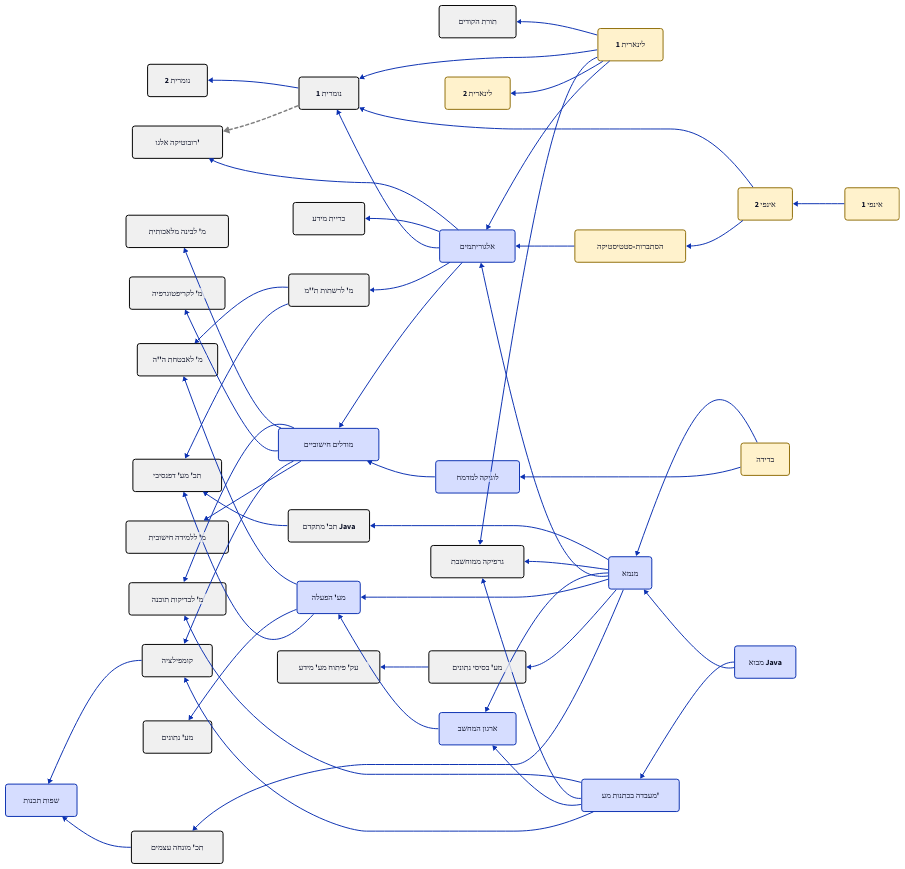
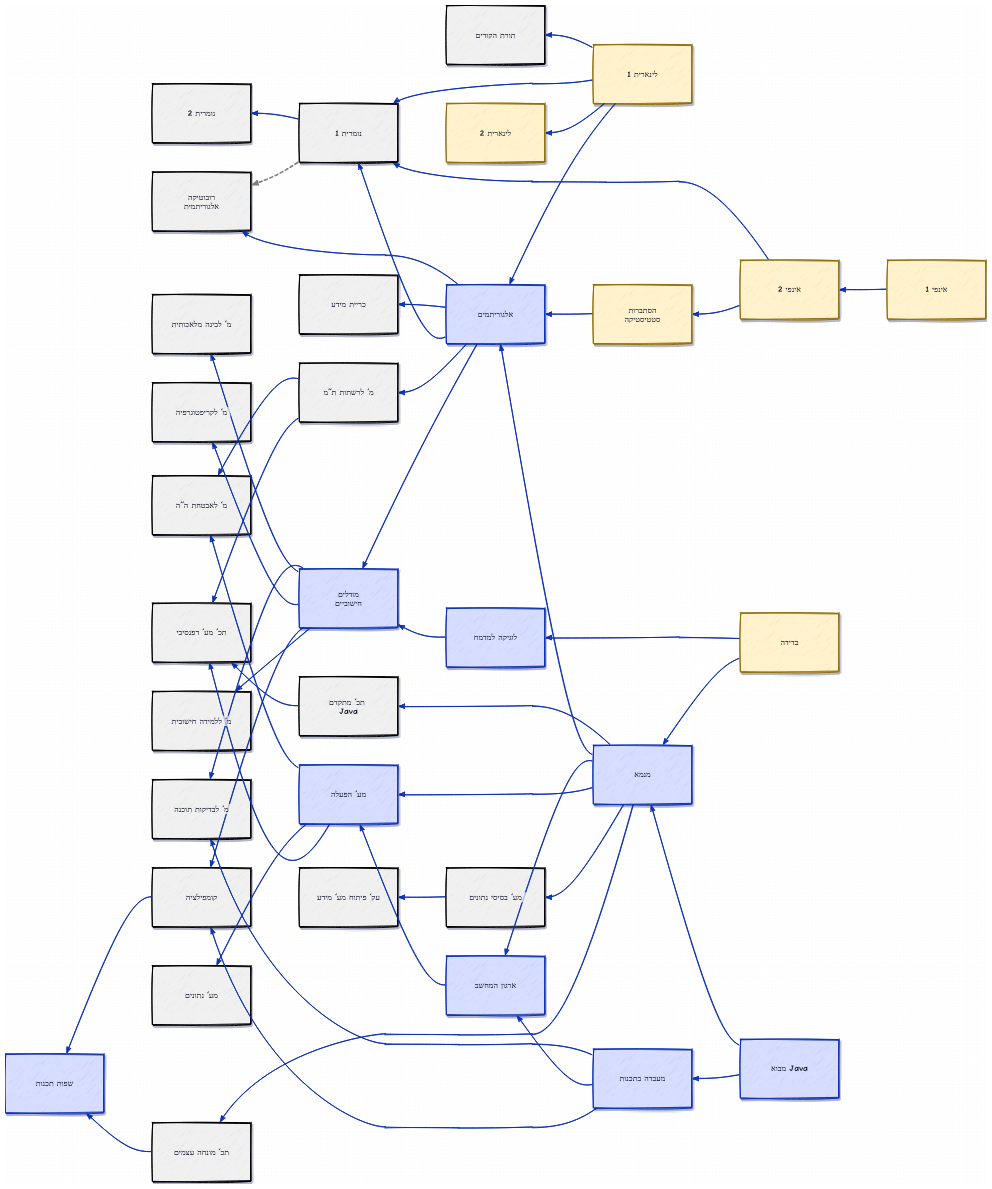
One commit to adielBm/cs-course-dependencies changed the diagram in diagram.d2. Above: the diagram before and after it, drawn with D2. The commit also changed 5 other files, not shown here.

```diff
--- a/diagram.d2
+++ b/diagram.d2
@@ -1,15 +1,26 @@
 direction: left
 vars: {
   d2-config: {
+    sketch: true
     #  layout-engine: elk
   }
 }
 
+style: {
+  fill-pattern: dots
+
+}
+
+
 classes: {
   course: {
+    width: 200
+    height: 120
     style: {
+      shadow: true
+
       # font-size: 20
-      border-radius: 5
+      border-radius: 30
     }
   }
   math: {
@@ -65,7 +76,7 @@
 }
 
 20425: {
-  label: "הסתברות-סטטיסטיקה"
+  label: "הסתברות\nסטטיסטיקה"
   class: [course; math]
 }
 
@@ -80,7 +91,7 @@
 }
 
 20465: {
-  label: "מעבדה בכתנות מע'"
+  label: "מעבדה בתכנות"
   class: [course; cs]
 }
 
@@ -90,7 +101,7 @@
 }
 
 20604: {
-  label: "מודלים  חישוביים"
+  label: "מודלים\nחישוביים"
   class: [course; cs]
 }
 
@@ -140,7 +151,7 @@
 }
 
 20554: {
-  label: "תכ' מתקדם Java"
+  label: "תכ' מתקדם \n Java"
   class: [course; elective]
 }
 
@@ -154,10 +165,10 @@
   class: [course; elective]
 }
 
-20562: {
-  label: "גרפיקה ממוחשבת"
-  class: [course; elective]
-}
+# 20562: {
+#   label: "גרפיקה ממוחשבת"
+#   class: [course; elective]
+# }
 
 20580: {
   label: "מ' לקריפטוגרפיה"
@@ -200,7 +211,7 @@
 }
 
 20944: {
-  label: "רובוטיקה אלגו'"
+  label: "רובוטיקה\nאלגוריתמית"
   class: [course; elective]
 }
 
@@ -228,25 +239,25 @@
 #20425 -> 20551
 20604 -> 20551 # ACTUALLY these three before
 
+20417 -> 20582
 20407 -> 20554
-20417 -> 20582
-20554 -> 20937
 20594 -> 20937
 20582 -> 20937
-20109 -> 20562
-20465 -> 20562
-20407 -> 20562
+# 20109 -> 20562
+# 20465 -> 20562
+# 20407 -> 20562
 20604 -> 20580
-20407 -> 20471
+20407 -> 20417 -> 20604
 20465 -> 20471
 20466 -> 20604
+20407 -> 20471
+20441 -> 20407
 20441 -> 20465
-20441 -> 20407
+20476 -> 20466
 20476 -> 20407
 20471 -> 20594
+20554 -> 20937
 
-20407 -> 20417 -> 20604
-20476 -> 20466
 20474 -> 20475 -> 20425
 20109 -> 20229
 20407 -> 20594
```
